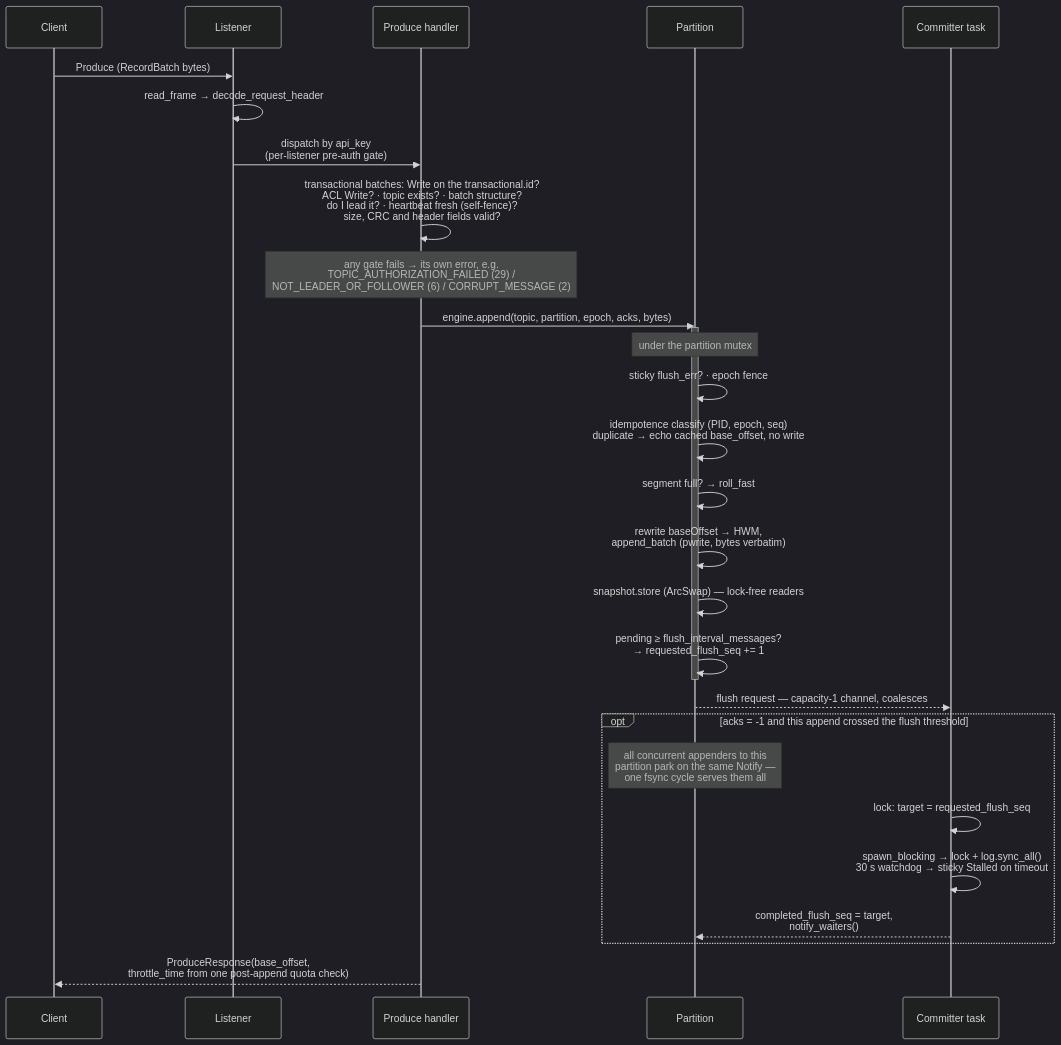
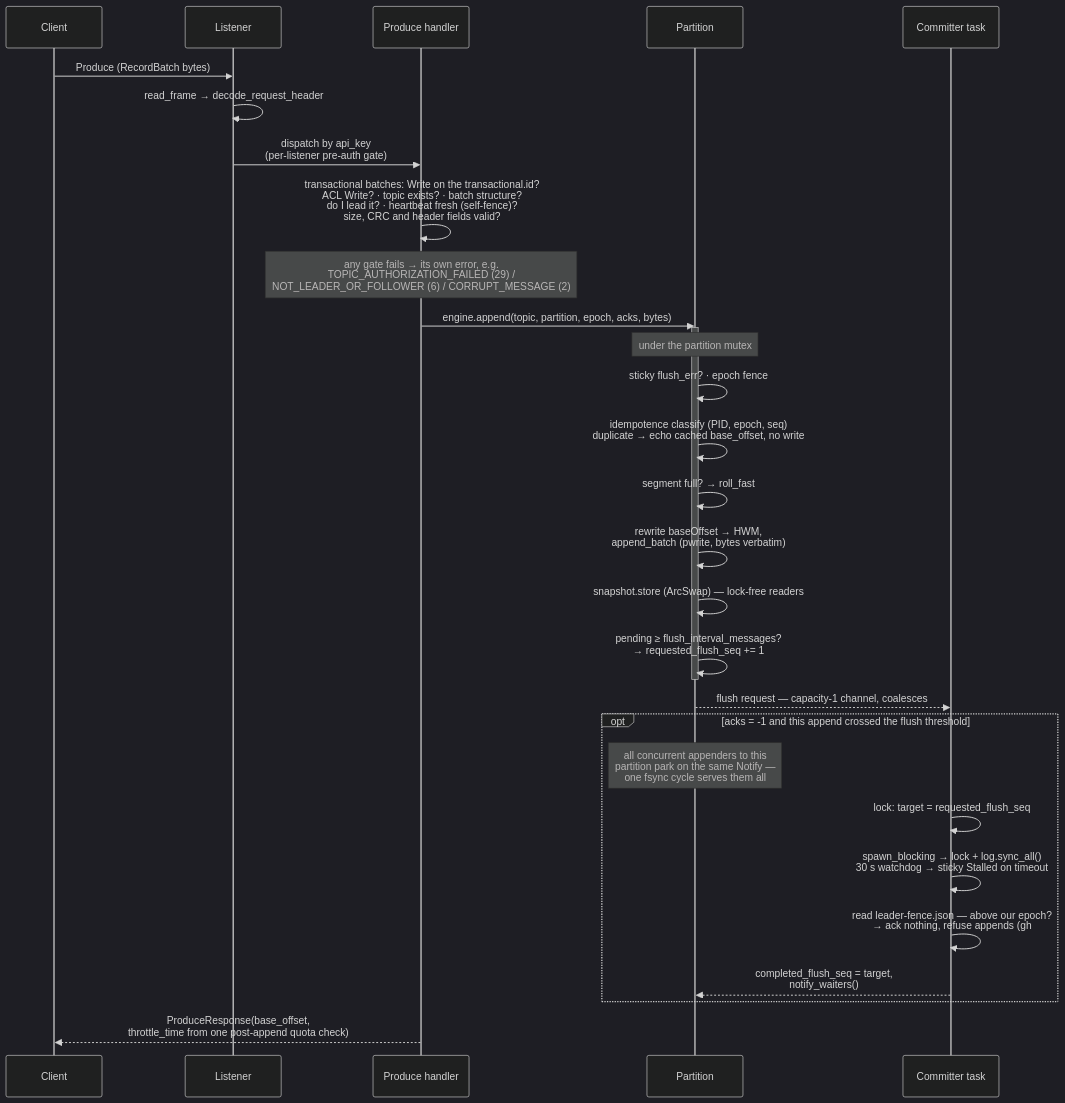
One commit to kaas-rs/kaas-broker changed the first of 3 diagrams in docs/src/architecture/storage-hot-path.md. Above: the diagram before and after it, drawn with Mermaid (dark theme). The commit also changed other lines of this file and 8 other files, not shown here.

````diff
--- a/docs/src/architecture/storage-hot-path.md
+++ b/docs/src/architecture/storage-hot-path.md
@@ -22,32 +22,33 @@
 ```mermaid
 sequenceDiagram
     participant C as Client
     participant L as Listener
     participant H as Produce handler
     participant P as Partition
     participant K as Committer task
 
     C->>L: Produce (RecordBatch bytes)
     L->>L: read_frame → decode_request_header
     L->>H: dispatch by api_key<br/>(per-listener pre-auth gate)
     H->>H: transactional batches: Write on the transactional.id?<br/>ACL Write? · topic exists? · batch structure?<br/>do I lead it? · heartbeat fresh (self-fence)?<br/>size, CRC and header fields valid?
     Note over H: any gate fails → its own error, e.g.<br/>TOPIC_AUTHORIZATION_FAILED (29) /<br/>NOT_LEADER_OR_FOLLOWER (6) / CORRUPT_MESSAGE (2)
     H->>P: engine.append(topic, partition, epoch, acks, bytes)
     activate P
     Note over P: under the partition mutex
     P->>P: sticky flush_err? · epoch fence
     P->>P: idempotence classify (PID, epoch, seq)<br/>duplicate → echo cached base_offset, no write
     P->>P: segment full? → roll_fast
     P->>P: rewrite baseOffset → HWM,<br/>append_batch (pwrite, bytes verbatim)
     P->>P: snapshot.store (ArcSwap) — lock-free readers
     P->>P: pending ≥ flush_interval_messages?<br/>→ requested_flush_seq += 1
     deactivate P
     P-->>K: flush request — capacity-1 channel, coalesces
     opt acks = -1 and this append crossed the flush threshold
         Note over P: all concurrent appenders to this<br/>partition park on the same Notify —<br/>one fsync cycle serves them all
         K->>K: lock: target = requested_flush_seq
         K->>K: spawn_blocking → lock + log.sync_all()<br/>30 s watchdog → sticky Stalled on timeout
+        K->>K: read leader-fence.json — above our epoch?<br/>→ ack nothing, refuse appends (gh #164)
         K-->>P: completed_flush_seq = target,<br/>notify_waiters()
     end
     H-->>C: ProduceResponse(base_offset,<br/>throttle_time from one post-append quota check)
 ```
````
